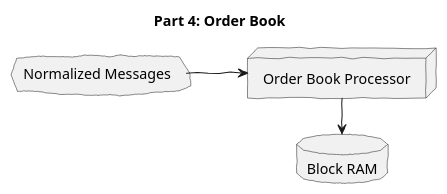
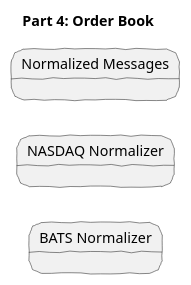
One commit to fpganow/OrderBook changed the diagram in diagrams/Part.4.plantuml. Above: the diagram before and after it, drawn with PlantUML.

```diff
--- a/diagrams/Part.4.plantuml
+++ b/diagrams/Part.4.plantuml
@@ -1,19 +1,22 @@
 @startuml Part 4: Order Book
 
 title Part 4: Order Book
 
 skinparam handwritten true
 left to right direction
 
 skinparam cloud {
     handwritten false
 }
 
-cloud "Normalized Messages" as Normalized
-node "Order Book Processor" as OrderBook
-database "Block RAM" as Memory
+state "BATS Normalizer" as BATS
+state "NASDAQ Normalizer" as NASDAQ
+state "Normalized Messages" as Normalized
+'node "Order Book Processor" as OrderBook
+'node OrderBook
+'database "Block RAM" as Memory
 
-Normalized --> OrderBook
-OrderBook -> Memory
+'Normalized --> OrderBook
+'OrderBook -> Memory
 
 @enduml
```
